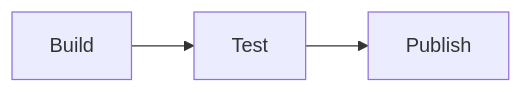
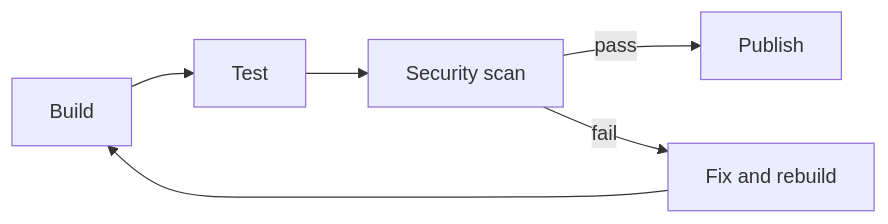
Before and after one commit to jbrownbridge/inkdiff: the diagram in examples/release-checklist.md, drawn with Mermaid. The commit also changed other lines of this file and 1 other file, not shown here.

Commit message:
examples: add a security scan step and a release flow diagram

````diff
--- a/examples/release-checklist.md
+++ b/examples/release-checklist.md
@@ -30,5 +32,8 @@
 ```mermaid
 flowchart LR
   A[Build] --> B[Test]
-  B --> C[Publish]
+  B --> S[Security scan]
+  S -->|pass| C[Publish]
+  S -->|fail| F[Fix and rebuild]
+  F --> A
 ```
````
